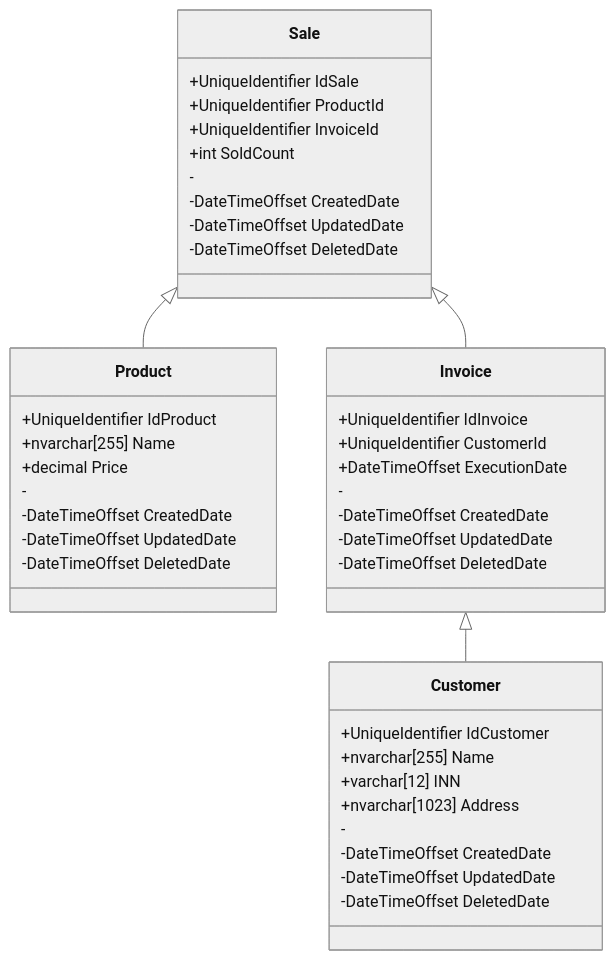
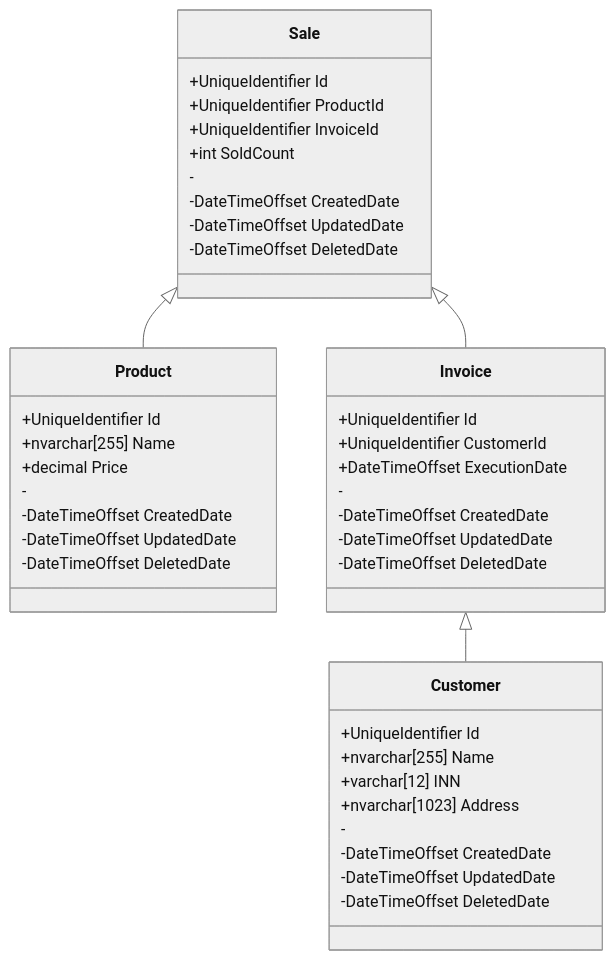
One commit to TaniachiFractal/API_NailWarehouse_InvoiceSystem changed the diagram in README.md. Above: the diagram before and after it, drawn with Mermaid (neutral theme). The commit also changed other lines of this file and 26 other files, not shown here.

````diff
--- a/README.md
+++ b/README.md
@@ -16,45 +16,45 @@
 ```mermaid
   classDiagram
     Sale <|-- Product
     Sale <|-- Invoice
     Invoice <|-- Customer
 
     class Sale{
-      +UniqueIdentifier IdSale
+      +UniqueIdentifier Id
       +UniqueIdentifier ProductId
       +UniqueIdentifier InvoiceId
       +int SoldCount
       -
       -DateTimeOffset CreatedDate
       -DateTimeOffset UpdatedDate
       -DateTimeOffset DeletedDate 
     }
     class Invoice{
-      +UniqueIdentifier IdInvoice
+      +UniqueIdentifier Id
       +UniqueIdentifier CustomerId
       +DateTimeOffset ExecutionDate
       -
       -DateTimeOffset CreatedDate
       -DateTimeOffset UpdatedDate
       -DateTimeOffset DeletedDate 
     }
     class Customer{
-      +UniqueIdentifier IdCustomer
+      +UniqueIdentifier Id
       +nvarchar[255] Name
       +varchar[12] INN
       +nvarchar[1023] Address
       -
       -DateTimeOffset CreatedDate
       -DateTimeOffset UpdatedDate
       -DateTimeOffset DeletedDate 
     }
     class Product{
-      +UniqueIdentifier IdProduct
+      +UniqueIdentifier Id
       +nvarchar[255] Name
       +decimal Price
       -
       -DateTimeOffset CreatedDate
       -DateTimeOffset UpdatedDate
       -DateTimeOffset DeletedDate 
     }
 ```
````
